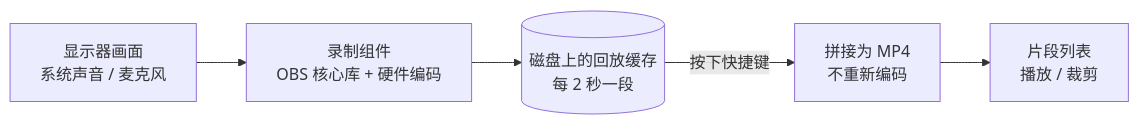
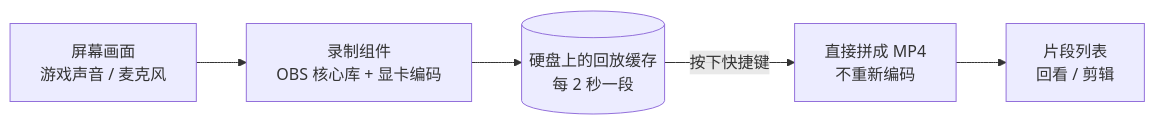
One commit to Lunafreya123/ReplayClipper changed the diagram in README.md. Above: the diagram before and after it, drawn with Mermaid. The commit also changed other lines of this file and 1 other file, not shown here.

````diff
--- a/README.md
+++ b/README.md
@@ -100,7 +103,7 @@
 ```mermaid
 flowchart LR
-    A["显示器画面<br>系统声音 / 麦克风"] --> B["录制组件<br>OBS 核心库 + 硬件编码"]
-    B --> C[("磁盘上的回放缓存<br>每 2 秒一段")]
-    C -- "按下快捷键" --> D["拼接为 MP4<br>不重新编码"]
-    D --> E["片段列表<br>播放 / 裁剪"]
+    A["屏幕画面<br>游戏声音 / 麦克风"] --> B["录制组件<br>OBS 核心库 + 显卡编码"]
+    B --> C[("硬盘上的回放缓存<br>每 2 秒一段")]
+    C -- "按下快捷键" --> D["直接拼成 MP4<br>不重新编码"]
+    D --> E["片段列表<br>回看 / 剪辑"]
 ```
````
